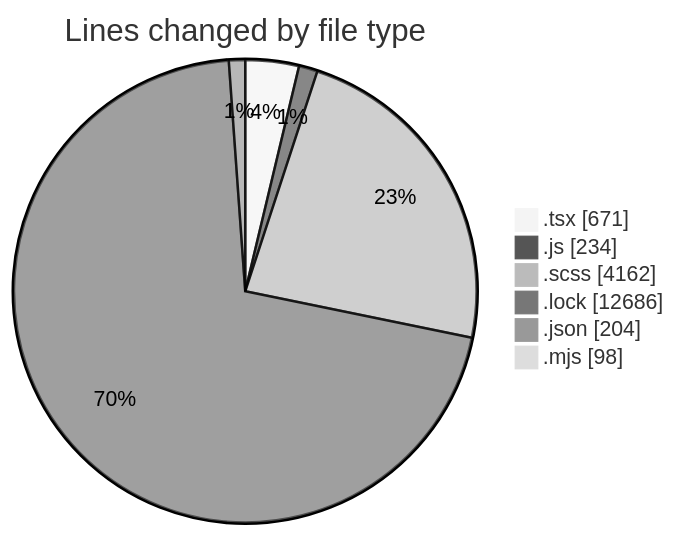
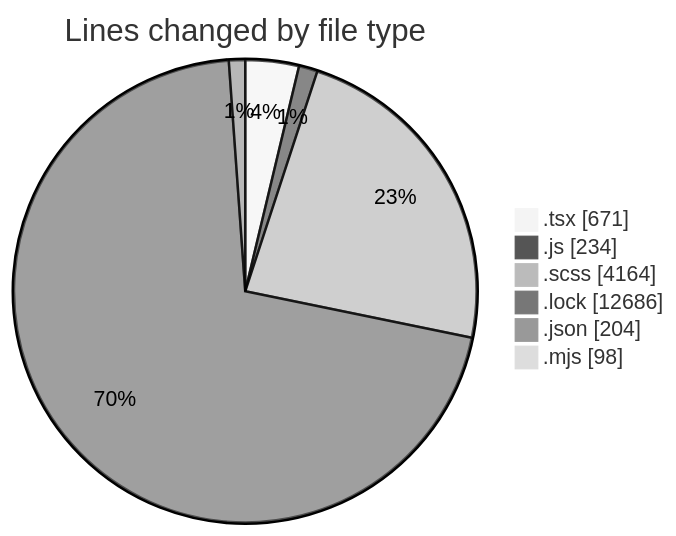
The first of 2 diagrams in 2026-01-22/cda-web-components/README.md (momahboobian/code-tracking), drawn with Mermaid (neutral theme) before and after one commit. The commit also changed other lines of this file and 1 other file, not shown here.

````diff
--- a/2026-01-22/cda-web-components/README.md
+++ b/2026-01-22/cda-web-components/README.md
@@ -59,10 +59,10 @@
 ```mermaid
 pie showData
 title Lines changed by file type
 ".tsx" : 671
 ".js" : 234
-".scss" : 4162
+".scss" : 4164
 ".lock" : 12686
 ".json" : 204
 ".mjs" : 98
 ```
````
